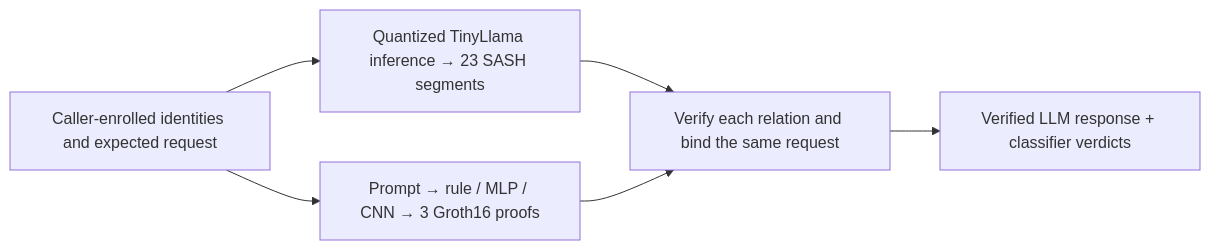
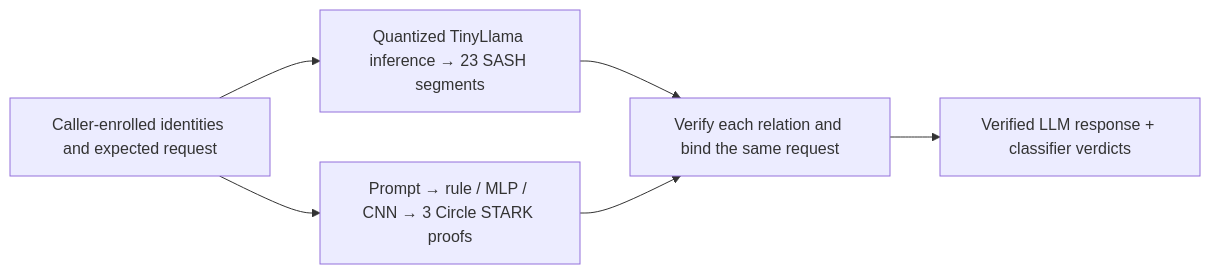
One commit to AbdelStark/hallmark changed the diagram in README.md. Above: the diagram before and after it, drawn with Mermaid. The commit also changed other lines of this file and 44 other files, not shown here.

Commit message:
Make Circle STARK the default proof workflow (#132)

````diff
--- a/README.md
+++ b/README.md
@@ -141,9 +144,9 @@
 ```mermaid
 flowchart LR
     E["Caller-enrolled identities and expected request"] --> L
     E --> C
     L["Quantized TinyLlama inference → 23 SASH segments"] --> V
-    C["Prompt → rule / MLP / CNN → 3 Groth16 proofs"] --> V
+    C["Prompt → rule / MLP / CNN → 3 Circle STARK proofs"] --> V
     V["Verify each relation and bind the same request"] --> R
     R["Verified LLM response + classifier verdicts"]
 ```
````
